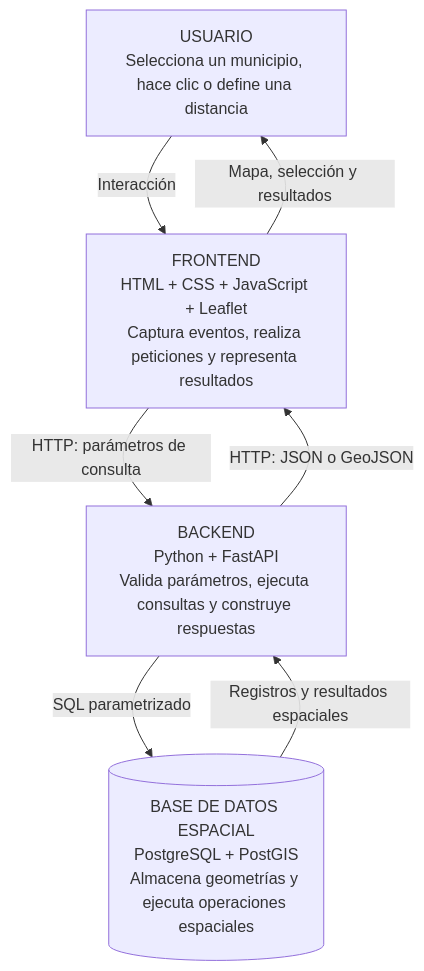
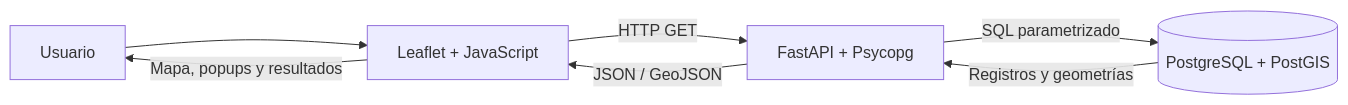
The diagram in README.md (JGB-GIS-RS/programacion-sig-web), drawn with Mermaid before and after one commit. The commit also changed other lines of this file, not shown here.

````diff
--- a/README.md
+++ b/README.md
@@ -22,13 +40,9 @@
-~~~mermaid
-flowchart TB
-    U["USUARIO<br/>Selecciona un municipio, hace clic o define una distancia"]
-    L["FRONTEND<br/>HTML + CSS + JavaScript + Leaflet<br/>Captura eventos, realiza peticiones y representa resultados"]
-    F["BACKEND<br/>Python + FastAPI<br/>Valida parámetros, ejecuta consultas y construye respuestas"]
-    D[("BASE DE DATOS ESPACIAL<br/>PostgreSQL + PostGIS<br/>Almacena geometrías y ejecuta operaciones espaciales")]
-    U -->|"Interacción"| L
-    L -->|"HTTP: parámetros de consulta"| F
-    F -->|"SQL parametrizado"| D
-    D -->|"Registros y resultados espaciales"| F
-    F -->|"HTTP: JSON o GeoJSON"| L
-    L -->|"Mapa, selección y resultados"| U
-~~~
+```mermaid
+flowchart LR
+  U[Usuario] --> L[Leaflet + JavaScript]
+  L -->|HTTP GET| F[FastAPI + Psycopg]
+  F -->|SQL parametrizado| P[(PostgreSQL + PostGIS)]
+  P -->|Registros y geometrías| F
+  F -->|JSON / GeoJSON| L
+  L -->|Mapa, popups y resultados| U
+```
````
